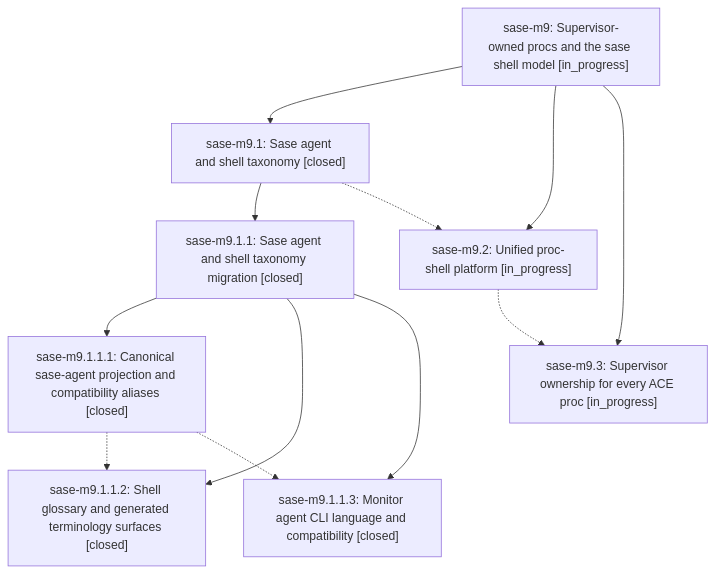
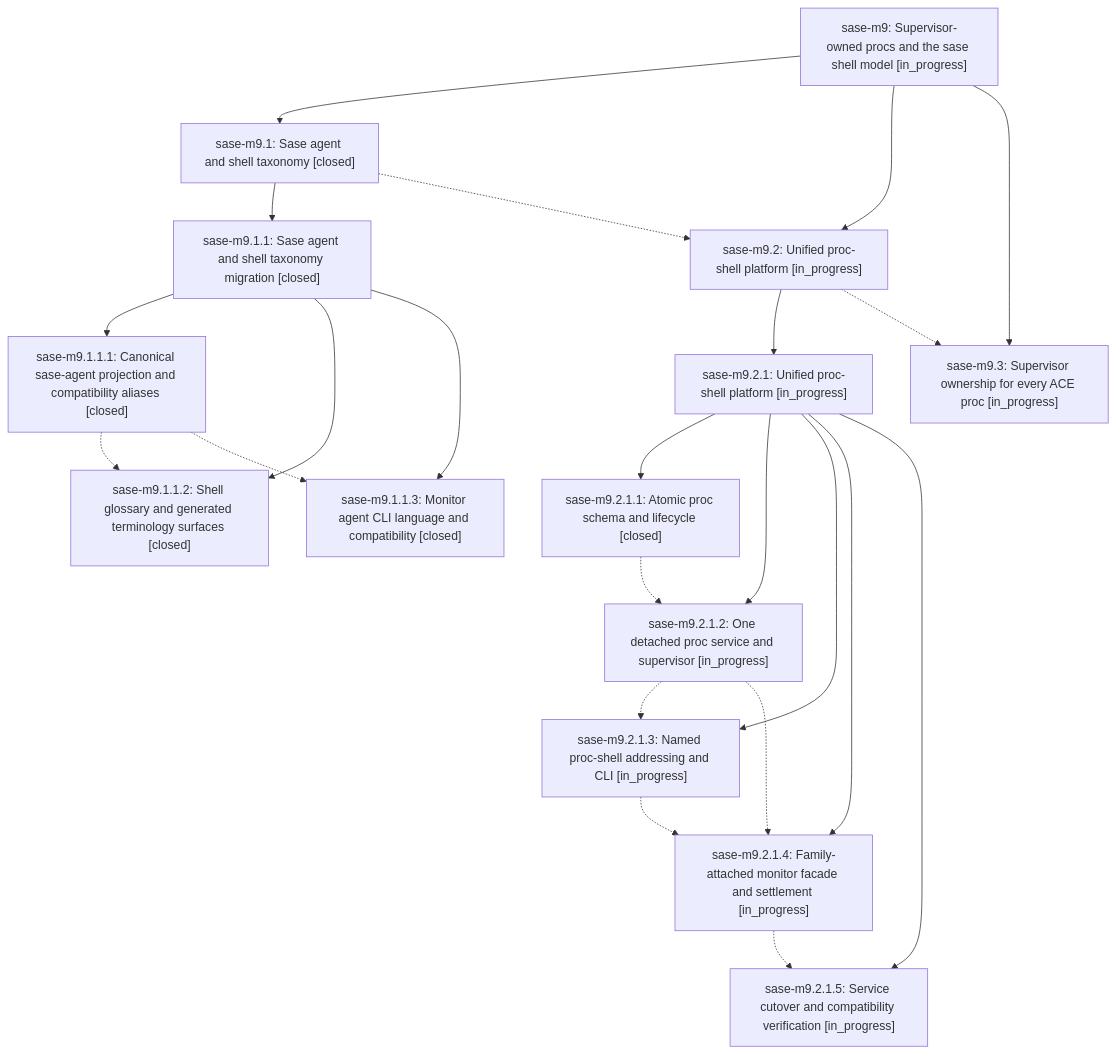
The diagram in pages/sase-m9/README.md (sase-org/sase--beads), drawn with Mermaid before and after one commit. The commit also changed other lines of this file and 8 other files, not shown here.

````diff
--- a/pages/sase-m9/README.md
+++ b/pages/sase-m9/README.md
@@ -24,22 +24,39 @@
 ```mermaid
 flowchart TD
     n0["sase-m9: Supervisor-owned procs and the sase shell model [in_progress]"]
     n1["sase-m9.1: Sase agent and shell taxonomy [closed]"]
     n2["sase-m9.1.1: Sase agent and shell taxonomy migration [closed]"]
     n3["sase-m9.1.1.1: Canonical sase-agent projection and compatibility aliases [closed]"]
     n4["sase-m9.1.1.2: Shell glossary and generated terminology surfaces [closed]"]
     n5["sase-m9.1.1.3: Monitor agent CLI language and compatibility [closed]"]
     n6["sase-m9.2: Unified proc-shell platform [in_progress]"]
-    n7["sase-m9.3: Supervisor ownership for every ACE proc [in_progress]"]
+    n7["sase-m9.2.1: Unified proc-shell platform [in_progress]"]
+    n8["sase-m9.2.1.1: Atomic proc schema and lifecycle [closed]"]
+    n9["sase-m9.2.1.2: One detached proc service and supervisor [in_progress]"]
+    n10["sase-m9.2.1.3: Named proc-shell addressing and CLI [in_progress]"]
+    n11["sase-m9.2.1.4: Family-attached monitor facade and settlement [in_progress]"]
+    n12["sase-m9.2.1.5: Service cutover and compatibility verification [in_progress]"]
+    n13["sase-m9.3: Supervisor ownership for every ACE proc [in_progress]"]
     n0 --> n1
     n1 --> n2
     n2 --> n3
     n2 --> n4
     n2 --> n5
     n0 --> n6
-    n0 --> n7
+    n6 --> n7
+    n7 --> n8
+    n7 --> n9
+    n7 --> n10
+    n7 --> n11
+    n7 --> n12
+    n0 --> n13
     n1 -.-> n6
     n3 -.-> n4
     n3 -.-> n5
-    n6 -.-> n7
+    n6 -.-> n13
+    n8 -.-> n9
+    n9 -.-> n10
+    n9 -.-> n11
+    n10 -.-> n11
+    n11 -.-> n12
 ```
````
